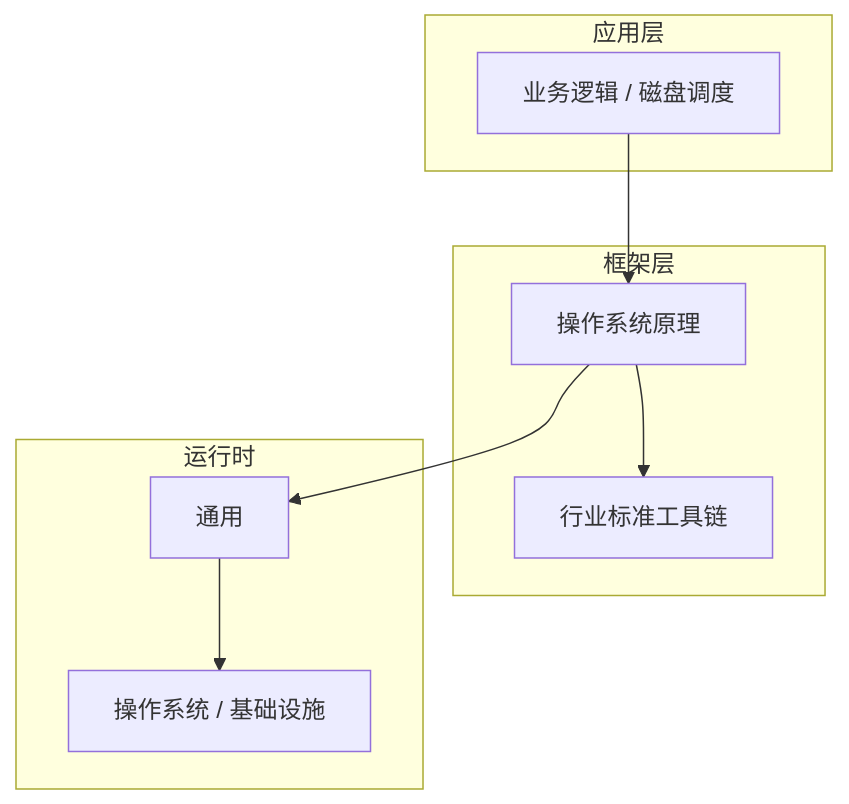
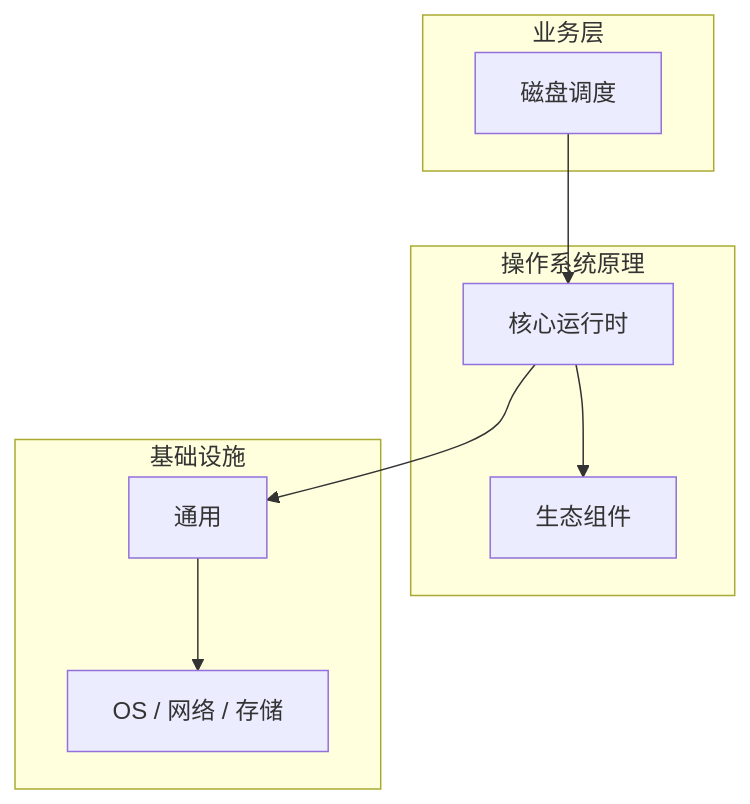
The diagram in articles/操作系统原理/chapters/100-磁盘调度核心概念与原理.md (yanggan2015/knowledge-json-v2), drawn with Mermaid before and after one commit. The commit also changed other lines of this file and 10127 other files, not shown here.

````diff
--- a/articles/操作系统原理/chapters/100-磁盘调度核心概念与原理.md
+++ b/articles/操作系统原理/chapters/100-磁盘调度核心概念与原理.md
@@ -45,18 +34,18 @@
 ```mermaid
 graph TB
-    subgraph 应用层
-        A[业务逻辑 / 磁盘调度]
+    subgraph 业务层
+        A[磁盘调度]
     end
-    subgraph 框架层
-        B[操作系统原理]
-        C[行业标准工具链]
+    subgraph 操作系统原理
+        B[核心运行时]
+        C[生态组件]
     end
-    subgraph 运行时
+    subgraph 基础设施
         D[通用]
-        E[操作系统 / 基础设施]
+        E[OS / 网络 / 存储]
     end
     A --> B
     B --> C
     B --> D
     D --> E
 ```
````
